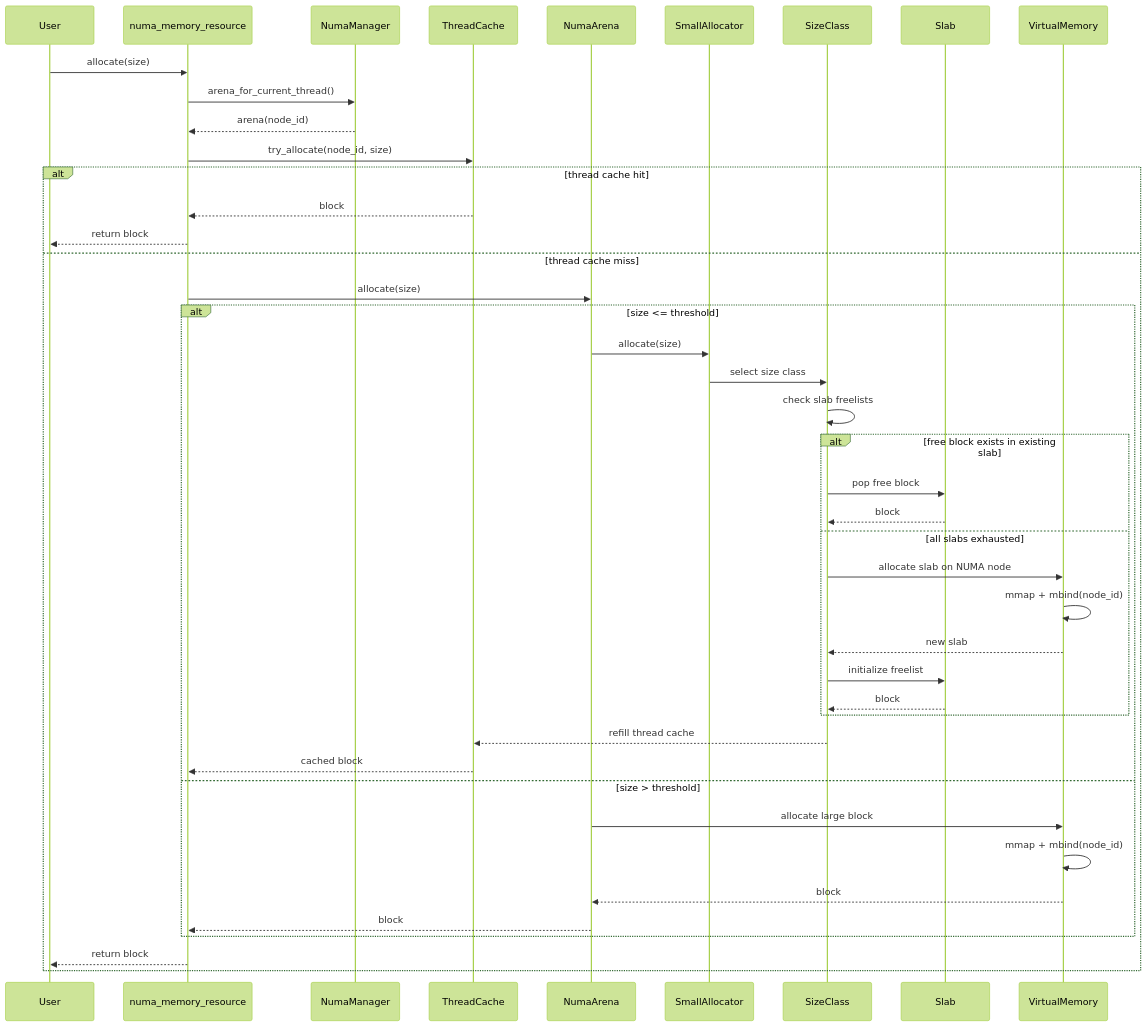
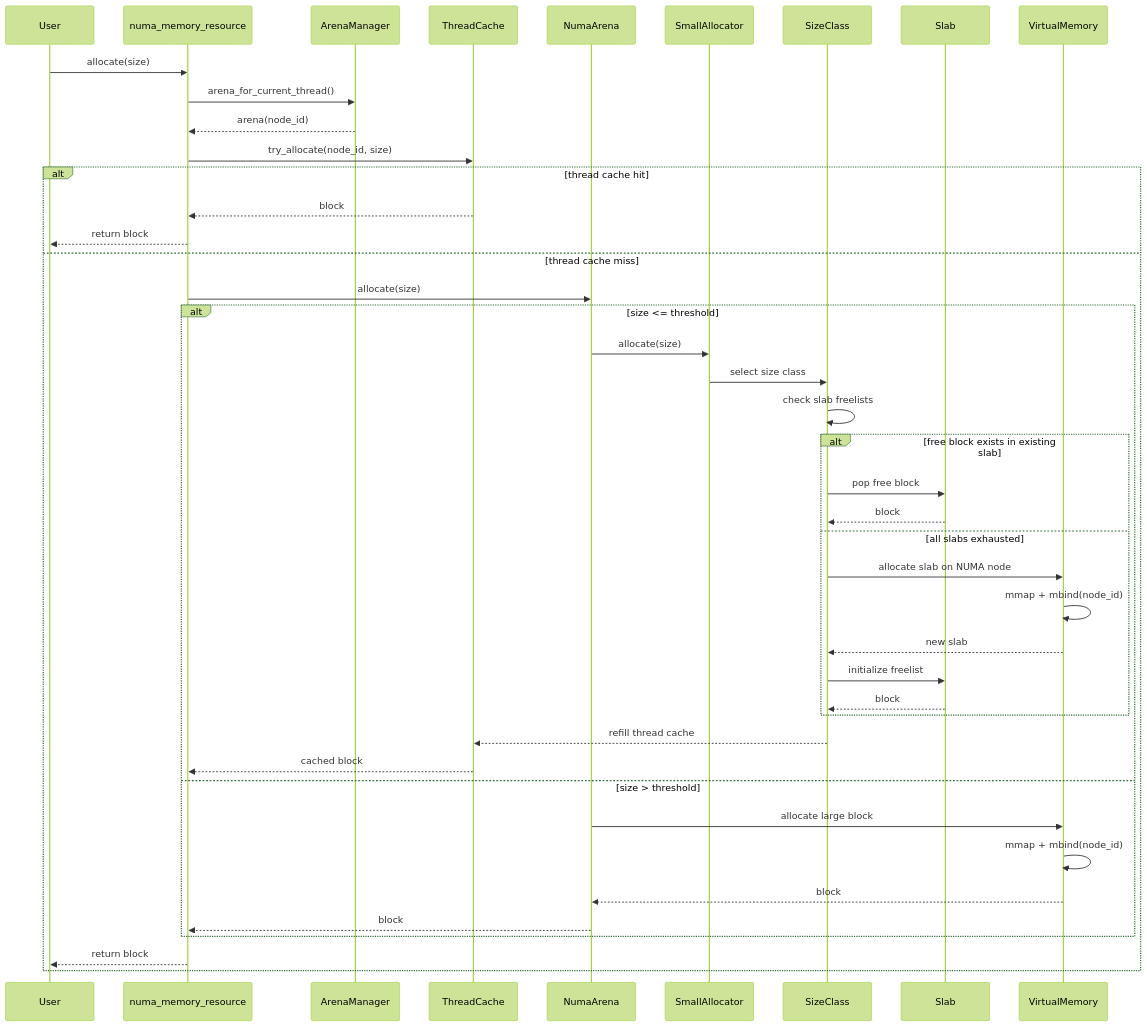
Before and after one commit to donar337/numa-pmr: the diagram in graphic/allocation.md, drawn with Mermaid (forest theme). The commit also changed 20 other files, not shown here.

Commit message:
divide numa manager into arena manager and topology manager

````diff
--- a/graphic/allocation.md
+++ b/graphic/allocation.md
@@ -1,71 +1,71 @@
 ```mermaid
 sequenceDiagram
     participant User
     participant PMR as numa_memory_resource
-    participant Manager as NumaManager
+    participant Manager as ArenaManager
     participant TLC as ThreadCache
     participant Arena as NumaArena
     participant Small as SmallAllocator
     participant SC as SizeClass
     participant Slab
     participant VM as VirtualMemory
 
     User->>PMR: allocate(size)
 
     PMR->>Manager: arena_for_current_thread()
     Manager-->>PMR: arena(node_id)
 
     PMR->>TLC: try_allocate(node_id, size)
 
     alt thread cache hit
 
         TLC-->>PMR: block
         PMR-->>User: return block
 
     else thread cache miss
 
         PMR->>Arena: allocate(size)
 
         alt size <= threshold
 
             Arena->>Small: allocate(size)
 
             Small->>SC: select size class
 
             SC->>SC: check slab freelists
 
             alt free block exists in existing slab
 
                 SC->>Slab: pop free block
                 Slab-->>SC: block
 
             else all slabs exhausted
 
                 SC->>VM: allocate slab on NUMA node
                 VM->>VM: mmap + mbind(node_id)
 
                 VM-->>SC: new slab
 
                 SC->>Slab: initialize freelist
                 Slab-->>SC: block
 
             end
 
             SC-->>TLC: refill thread cache
             TLC-->>PMR: cached block
 
         else size > threshold
 
             Arena->>VM: allocate large block
             VM->>VM: mmap + mbind(node_id)
 
             VM-->>Arena: block
 
             Arena-->>PMR: block
 
         end
 
         PMR-->>User: return block
 
     end
 ```
````
